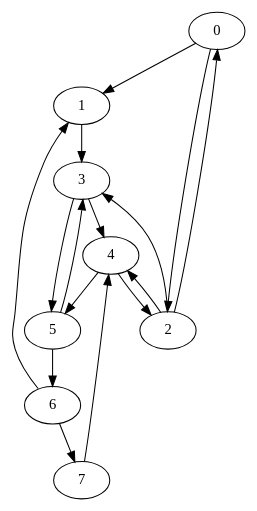
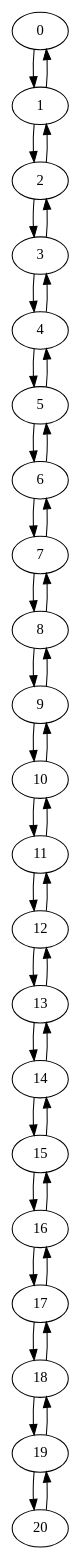
Before and after one commit to nitishcseiit/code: the diagram in Diameter/theInputGraph.gv, drawn with Graphviz. The commit also changed 3 other files, not shown here.

```diff
--- a/Diameter/theInputGraph.gv
+++ b/Diameter/theInputGraph.gv
@@ -1,17 +1,42 @@
 digraph G1 {
 0 -> 1;
-0 -> 2;
-1 -> 3;
+1 -> 2;
 2 -> 3;
-2 -> 4;
-2 -> 0;
 3 -> 4;
-3 -> 5;
-4 -> 2;
 4 -> 5;
 5 -> 6;
-5 -> 3;
 6 -> 7;
-6 -> 1;
-7 -> 4;
+7 -> 8;
+8 -> 9;
+9 -> 10;
+10 -> 11;
+11 -> 12;
+12 -> 13;
+13 -> 14;
+14 -> 15;
+15 -> 16;
+16 -> 17;
+17 -> 18;
+18 -> 19;
+19 -> 20;
+20 -> 19;
+19 -> 18;
+18 -> 17;
+17 -> 16;
+16 -> 15;
+15 -> 14;
+14 -> 13;
+13 -> 12;
+12 -> 11;
+11 -> 10;
+10 -> 9;
+9 -> 8;
+8 -> 7;
+7 -> 6;
+6 -> 5;
+5 -> 4;
+4 -> 3;
+3 -> 2;
+2 -> 1;
+1 -> 0;
 }
```
